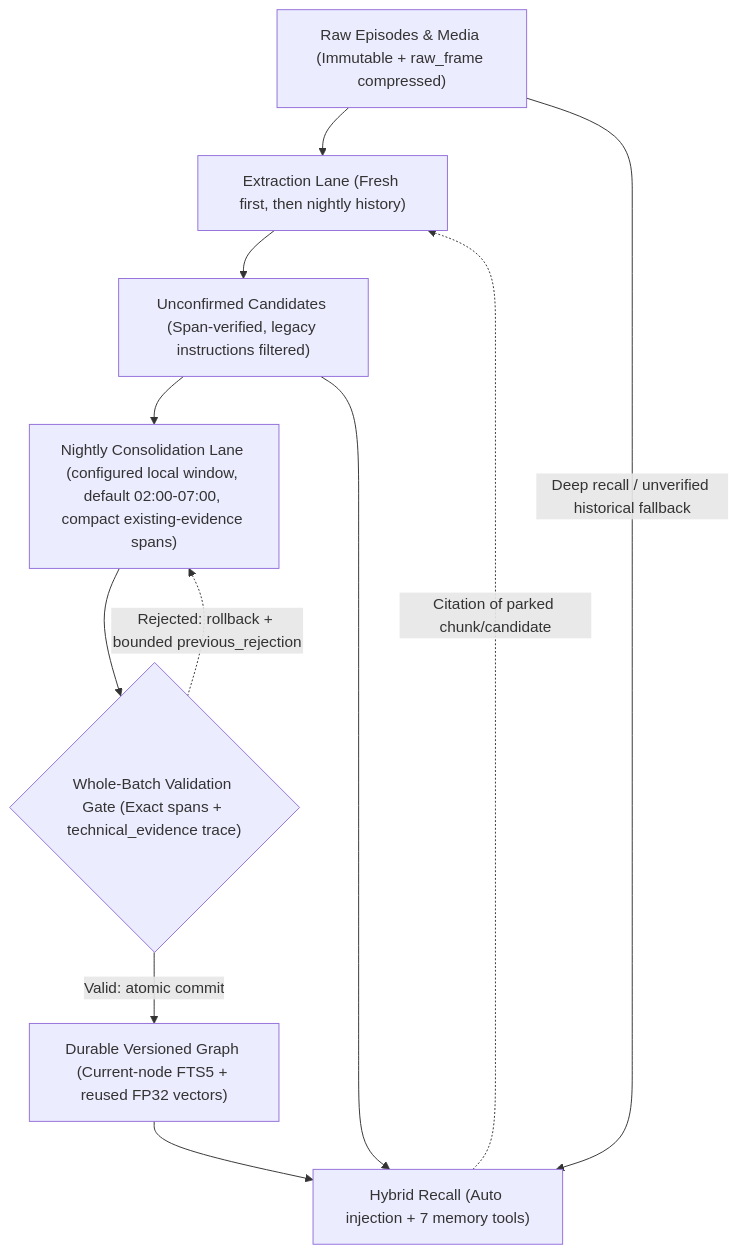
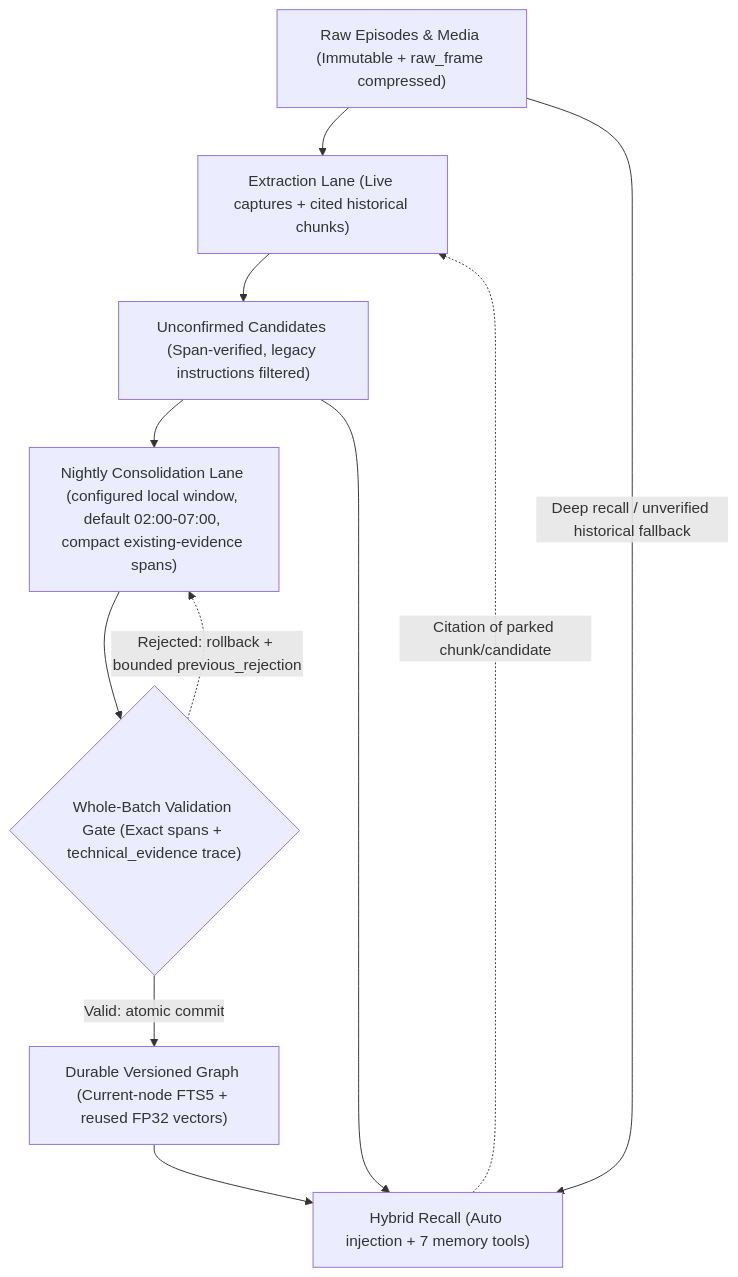
The second of 2 diagrams in README.md (misunders2d/memento), drawn with Mermaid before and after one commit. The commit also changed other lines of this file and 9 other files, not shown here.

First line of the commit message:
revert: stop automatic nightly historical extraction

````diff
--- a/README.md
+++ b/README.md
@@ -56,15 +56,15 @@
 ```mermaid
 flowchart TB
     accTitle: From original conversation to verified memory and recall
-    accDescr: Raw episodes are losslessly compressed and chunked. New captures flow through the shared processing API and local native agent. Historical backlog remains searchable and is extracted in the nightly window after fresh work, or on demand when cited.
-    H["Raw Episodes & Media (Immutable + raw_frame compressed)"] --> E["Extraction Lane (Fresh first, then nightly history)"]
+    accDescr: Raw episodes are losslessly compressed and chunked. New captures flow through the shared processing API and local native agent, while an optional one-time historical cutover parks older backlog as searchable unverified history that promotes on demand when cited.
+    H["Raw Episodes & Media (Immutable + raw_frame compressed)"] --> E["Extraction Lane (Live captures + cited historical chunks)"]
     E --> C["Unconfirmed Candidates (Span-verified, legacy instructions filtered)"]
     C --> N["Nightly Consolidation Lane (configured local window, default 02:00-07:00, compact existing-evidence spans)"]
     N --> V{"Whole-Batch Validation Gate (Exact spans + technical_evidence trace)"}
     V -->|"Valid: atomic commit"| M["Durable Versioned Graph (Current-node FTS5 + reused FP32 vectors)"]
     V -.->|"Rejected: rollback + bounded previous_rejection"| N
     C --> R["Hybrid Recall (Auto injection + 7 memory tools)"]
     M --> R
     H -->|"Deep recall / unverified historical fallback"| R
     R -.->|"Citation of parked chunk/candidate"| E
 ```
````
